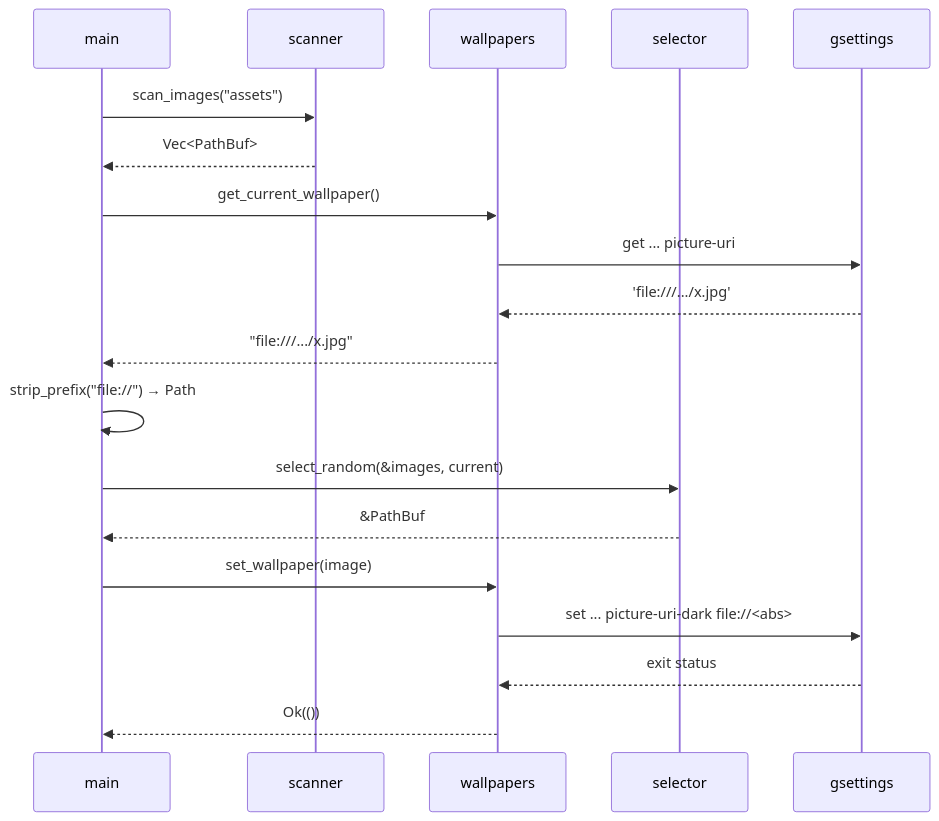
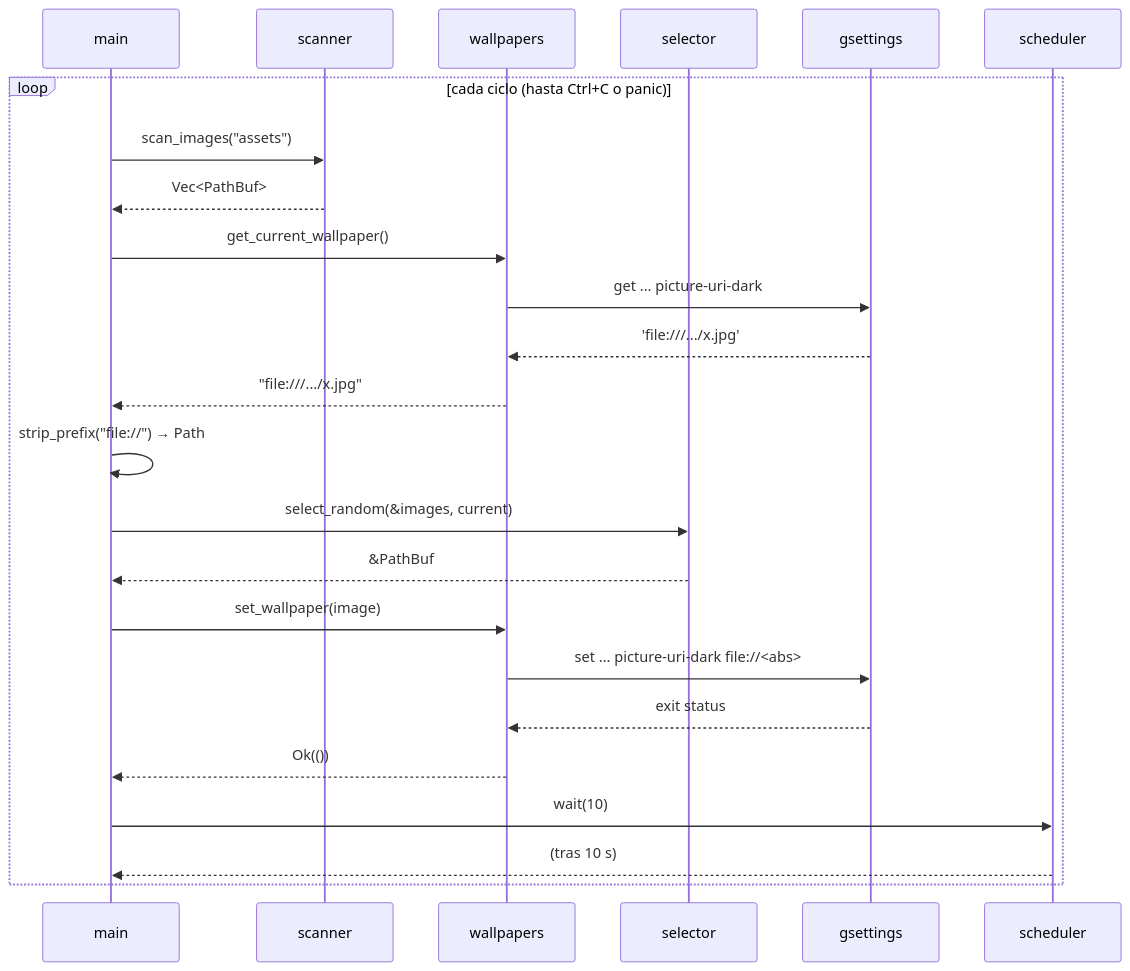
The diagram in docs/Architecture.md (Duran24062005/wallpaper-daemon-rs), drawn with Mermaid before and after one commit. The commit also changed other lines of this file and 2 other files, not shown here.

````diff
--- a/docs/Architecture.md
+++ b/docs/Architecture.md
@@ -116,22 +135,27 @@
 ```mermaid
 sequenceDiagram
     participant M as main
     participant S as scanner
     participant W as wallpapers
     participant R as selector
     participant G as gsettings
+    participant T as scheduler
 
-    M->>S: scan_images("assets")
-    S-->>M: Vec<PathBuf>
-    M->>W: get_current_wallpaper()
-    W->>G: get ... picture-uri
-    G-->>W: 'file:///.../x.jpg'
-    W-->>M: "file:///.../x.jpg"
-    M->>M: strip_prefix("file://") → Path
-    M->>R: select_random(&images, current)
-    R-->>M: &PathBuf
-    M->>W: set_wallpaper(image)
-    W->>G: set ... picture-uri-dark file://<abs>
-    G-->>W: exit status
-    W-->>M: Ok(())
+    loop cada ciclo (hasta Ctrl+C o panic)
+        M->>S: scan_images("assets")
+        S-->>M: Vec<PathBuf>
+        M->>W: get_current_wallpaper()
+        W->>G: get ... picture-uri-dark
+        G-->>W: 'file:///.../x.jpg'
+        W-->>M: "file:///.../x.jpg"
+        M->>M: strip_prefix("file://") → Path
+        M->>R: select_random(&images, current)
+        R-->>M: &PathBuf
+        M->>W: set_wallpaper(image)
+        W->>G: set ... picture-uri-dark file://<abs>
+        G-->>W: exit status
+        W-->>M: Ok(())
+        M->>T: wait(10)
+        T-->>M: (tras 10 s)
+    end
 ```
````
